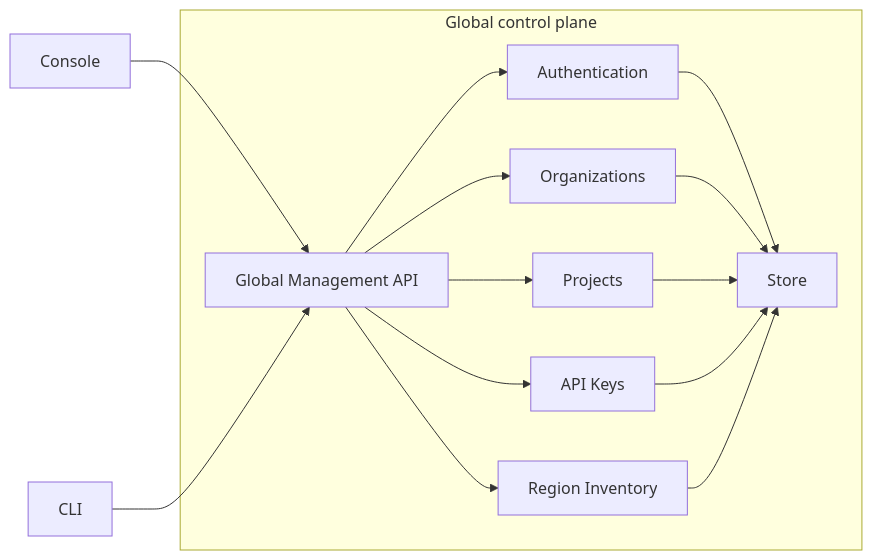
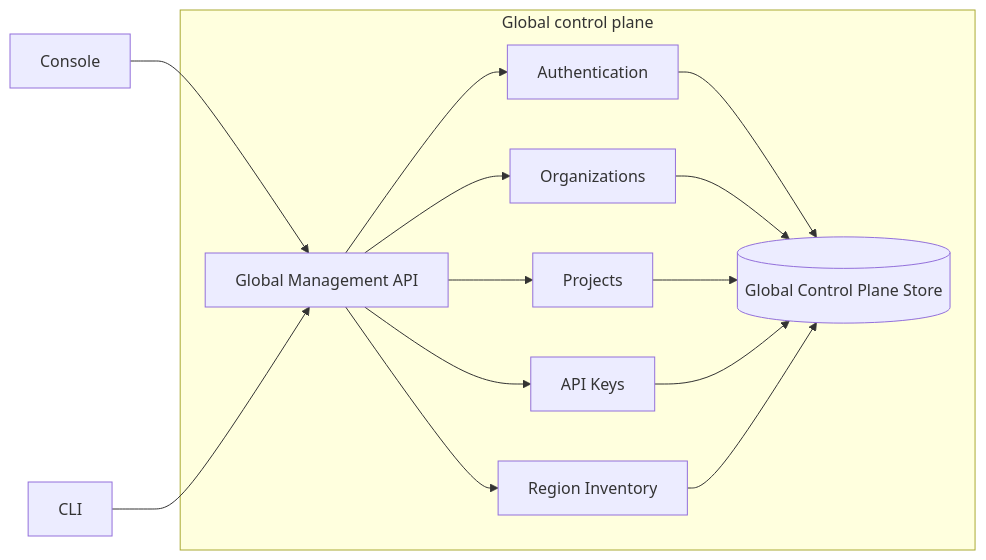
Before and after one commit to topk-io/topk: the second of 7 diagrams in docs/architecture.mdx, drawn with Mermaid. The commit also changed other lines of this file, not shown here.

````diff
--- a/docs/architecture.mdx
+++ b/docs/architecture.mdx
@@ -113,19 +107,19 @@
 ```mermaid
 flowchart LR
     Console[Console] --> GlobalAPI[Global Management API]
     CLI[CLI] --> GlobalAPI
 
     subgraph Global[Global control plane]
         GlobalAPI --> Auth[Authentication]
         GlobalAPI --> Orgs[Organizations]
         GlobalAPI --> Projects[Projects]
         GlobalAPI --> Keys[API Keys]
         GlobalAPI --> Regions[Region Inventory]
 
-        Auth --> Store
+        Auth --> Store[(Global Control Plane Store)]
         Orgs --> Store
         Projects --> Store
         Keys --> Store
         Regions --> Store
     end
 ```
````
